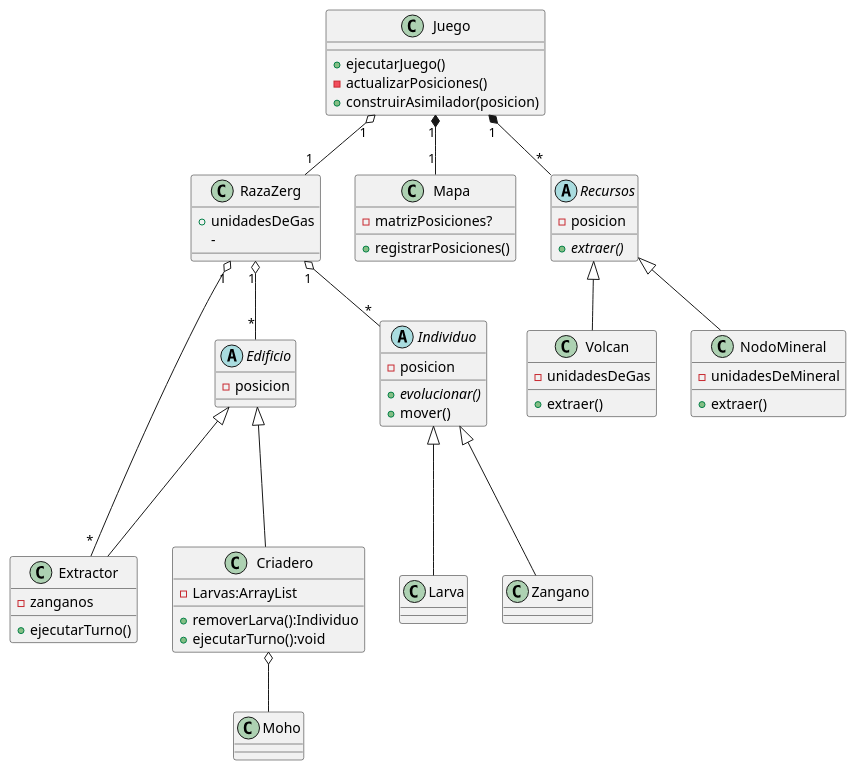
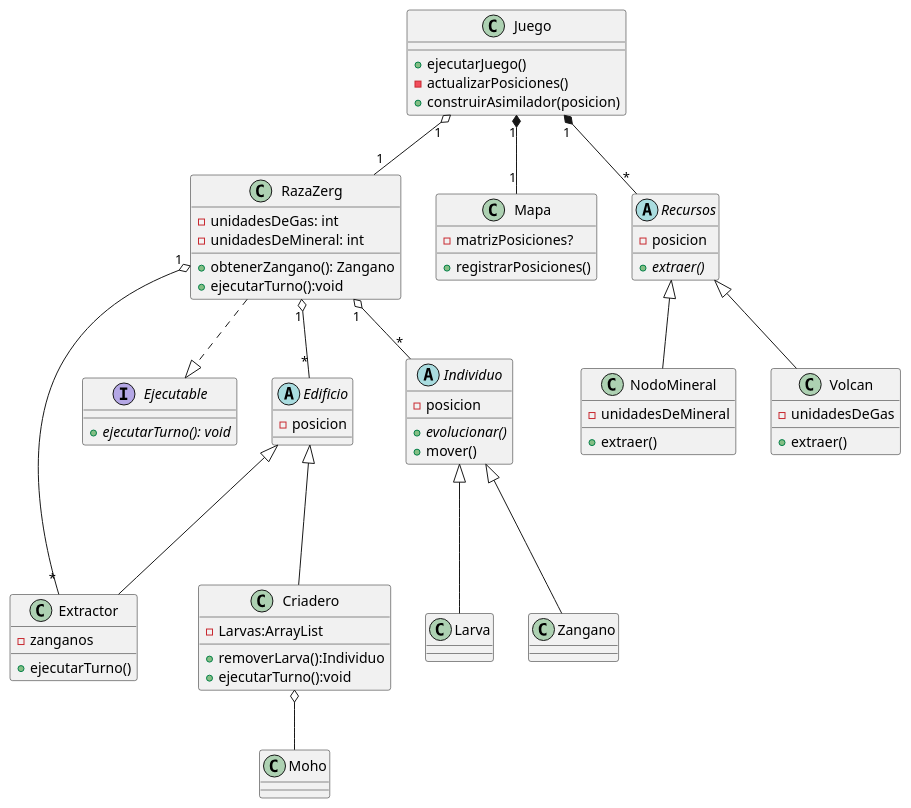
The diagram in diagrams/classes/clases.puml (nicolasgirardi/algo3_TP2_AlgoStar), drawn with PlantUML before and after one commit. The commit also changed 24 other files, not shown here.

```diff
--- a/diagrams/classes/clases.puml
+++ b/diagrams/classes/clases.puml
@@ -1,77 +1,86 @@
 @startuml
 
 
 
 class Juego {
     +ejecutarJuego()
     -actualizarPosiciones()
     +construirAsimilador(posicion)
 }
 
 class Zangano{
 
 }
 class Larva{
 
 }
 class RazaZerg{
-    +unidadesDeGas
-    -
+    -unidadesDeGas: int
+    -unidadesDeMineral: int
+    + obtenerZangano(): Zangano
+    +ejecutarTurno():void
 }
 class Criadero{
     -Larvas:ArrayList
     +removerLarva():Individuo
     +ejecutarTurno():void
 }
 
 
 abstract class Edificio{
     -posicion
 }
 
 class Extractor{
     -zanganos
     +ejecutarTurno()
 }
 
 abstract class Individuo {
     -posicion
     {abstract} +evolucionar()
     +mover()
 }
 
 class Mapa {
     -matrizPosiciones?
     +registrarPosiciones()
 }
 
 abstract class Recursos {
     -posicion
     {abstract} +extraer()
 }
 
 class NodoMineral {
     -unidadesDeMineral
     +extraer()
 }
 
 class Volcan{
     -unidadesDeGas
     +extraer()
 }
 
+interface Ejecutable {
+   + {abstract} ejecutarTurno(): void
+}
+
+
 Zangano  -up--|> Individuo
 Larva    -up--|> Individuo
 RazaZerg "1"  o-- "*" Edificio
 RazaZerg "1"  o-- "*" Individuo
+RazaZerg   ..|>  Ejecutable
+
 Criadero -up--|> Edificio
 Extractor -up--|> Edificio
 Juego "1"  o-- "1" RazaZerg
 Juego "1"  *-- "1" Mapa
 Juego "1"  *-- "*" Recursos
 Recursos <|-- Volcan
 Recursos <|-- NodoMineral
 Criadero o-- Moho
 RazaZerg "1"  o-- "*" Extractor
 
 @enduml
```
